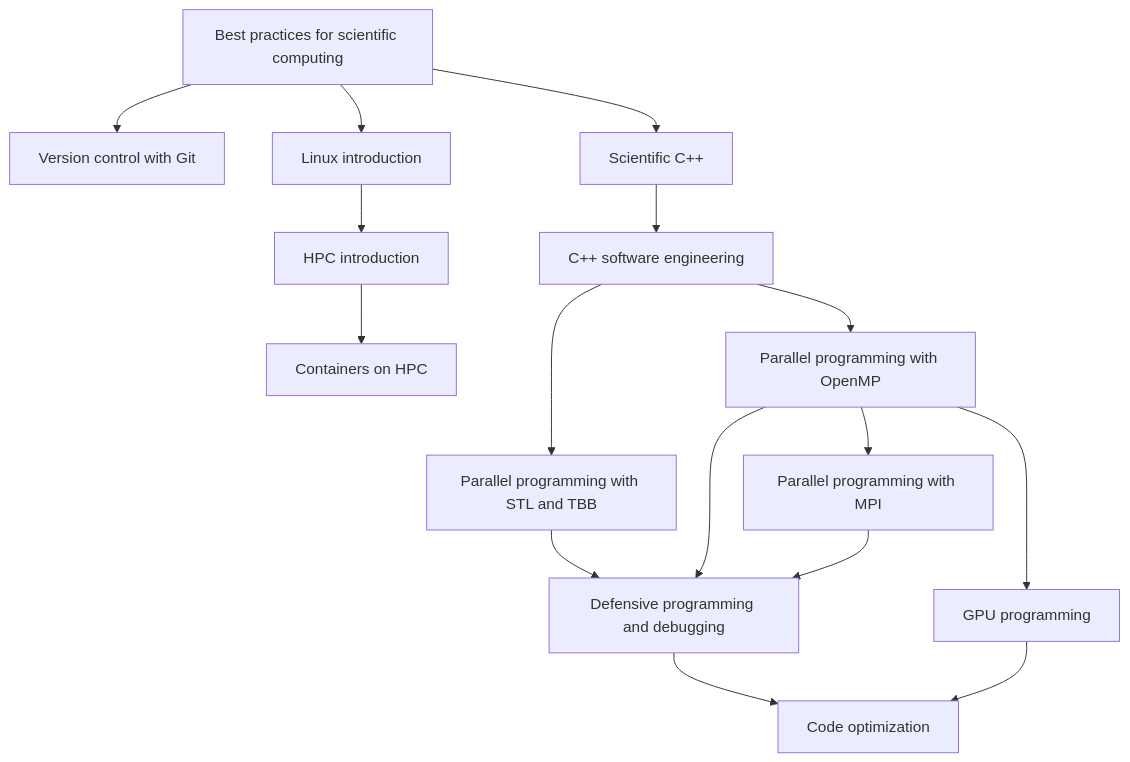
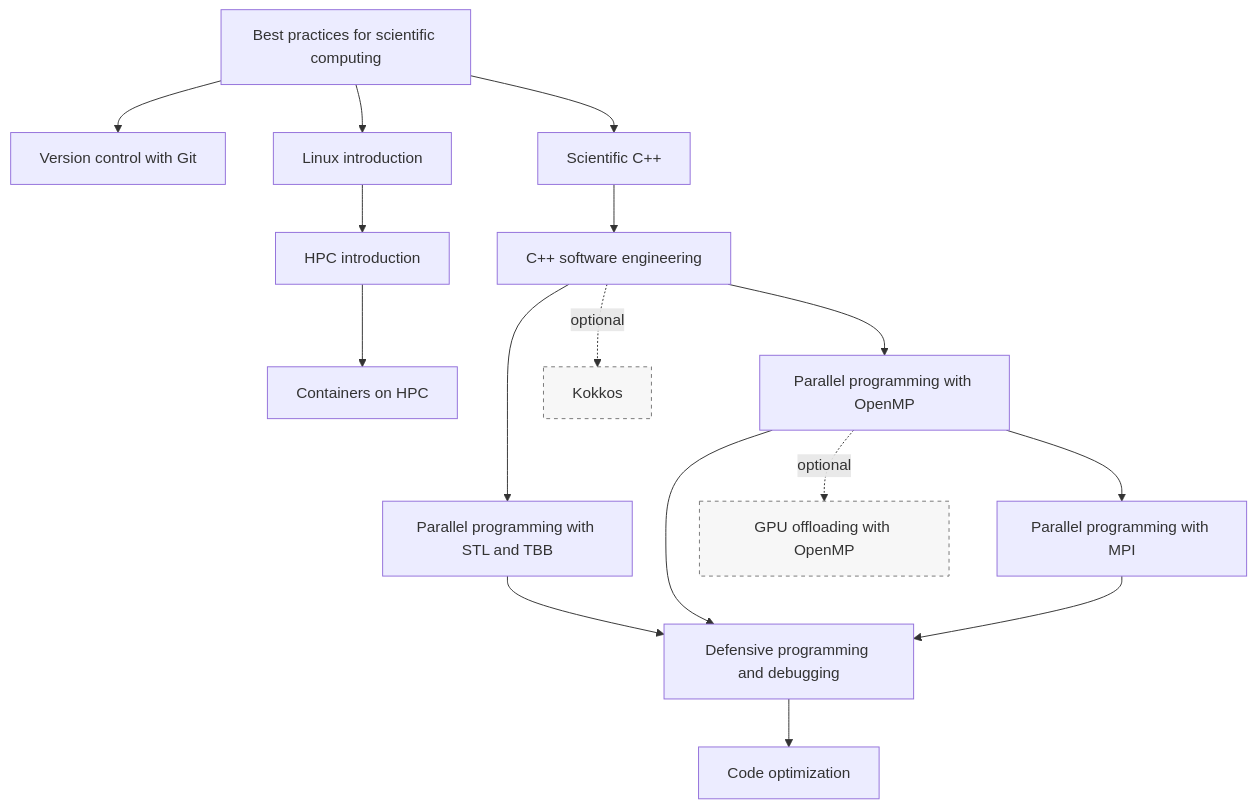
The diagram in docs/learning_path_hpc_application_development_cpp.md (gjbex/Training-sessions), drawn with Mermaid before and after one commit. The commit also changed other lines of this file and 3 other files, not shown here.

````diff
--- a/docs/learning_path_hpc_application_development_cpp.md
+++ b/docs/learning_path_hpc_application_development_cpp.md
@@ -6,31 +6,34 @@
 ```mermaid
 graph TD
   Best_practices_for_scientific_computing[Best practices for scientific computing] --> Version_control_with_git[Version control with Git]
   Best_practices_for_scientific_computing --> Linux_intro[Linux introduction]
   Linux_intro --> HPC_intro[HPC introduction]
   HPC_intro --> Containers_on_HPC[Containers on HPC]
   Best_practices_for_scientific_computing --> Scientific_Cpp[Scientific C++]
   Scientific_Cpp --> Cpp_software_engineering[C++ software engineering]
   Cpp_software_engineering --> Parallel_programming_with_STL_and_TBB[Parallel programming with STL and TBB]
   Cpp_software_engineering --> Parallel_programming_with_OpenMP[Parallel programming with OpenMP]
   Parallel_programming_with_OpenMP --> Parallel_programming_with_MPI[Parallel programming with MPI]
   Parallel_programming_with_STL_and_TBB --> Defensive_programming_and_debugging[Defensive programming and debugging]
   Parallel_programming_with_OpenMP --> Defensive_programming_and_debugging
   Parallel_programming_with_MPI --> Defensive_programming_and_debugging
   Defensive_programming_and_debugging --> Code_optimization[Code optimization]
-  Parallel_programming_with_OpenMP --> GPU_programming[GPU programming]
-  GPU_programming --> Code_optimization
+  Parallel_programming_with_OpenMP -. optional .-> GPU_offloading_with_OpenMP[GPU offloading with OpenMP]
+  Cpp_software_engineering -. optional .-> Kokkos[Kokkos]
+  classDef optional fill:#f7f7f7,stroke:#777,stroke-dasharray: 4 4,color:#333
+  class GPU_offloading_with_OpenMP,Kokkos optional
   click Best_practices_for_scientific_computing "https://gjbex.github.io/Best-practices-for-scientific-computing/" "Best practices for scientific computing"
   click Version_control_with_git "https://gjbex.github.io/Version-control-with-git" "Version control with Git"
   click Linux_intro "https://gjbex.github.io/Training-sessions/linux_intro" "Linux introduction"
   click HPC_intro "https://gjbex.github.io/Training-sessions/hpc_intro" "HPC introduction"
   click Containers_on_HPC "https://gjbex.github.io/Containers-for-HPC/" "Containers on HPC"
   click Scientific_Cpp "https://gjbex.github.io/Scientific-C-plus-plus/" "Scientific C++"
   click Cpp_software_engineering "https://gjbex.github.io/C-plus-plus-software-engineering/" "C++ software engineering"
   click Defensive_programming_and_debugging "https://gjbex.github.io/Defensive-programming-and-debugging/" "Defensive programming and debugging"
   click Parallel_programming_with_STL_and_TBB "https://gjbex.github.io/Training-sessions/parallel_programming_with_stl_and_tbb" "Parallel programming with STL and TBB"
   click Parallel_programming_with_OpenMP "https://gjbex.github.io/Training-sessions/parallel_programming_with_openmp" "Parallel programming with OpenMP"
   click Parallel_programming_with_MPI "https://gjbex.github.io/Training-sessions/parallel_programming_with_mpi" "Parallel programming with MPI"
-  click GPU_programming "https://gjbex.github.io/GPU-programming/" "GPU programming"
+  click GPU_offloading_with_OpenMP "https://gjbex.github.io/GPU-programming/" "GPU offloading with OpenMP"
+  click Kokkos "https://gjbex.github.io/GPU-programming/" "Kokkos"
   click Code_optimization "https://gjbex.github.io/Code-optimization/" "Code optimization"
 ```
````
